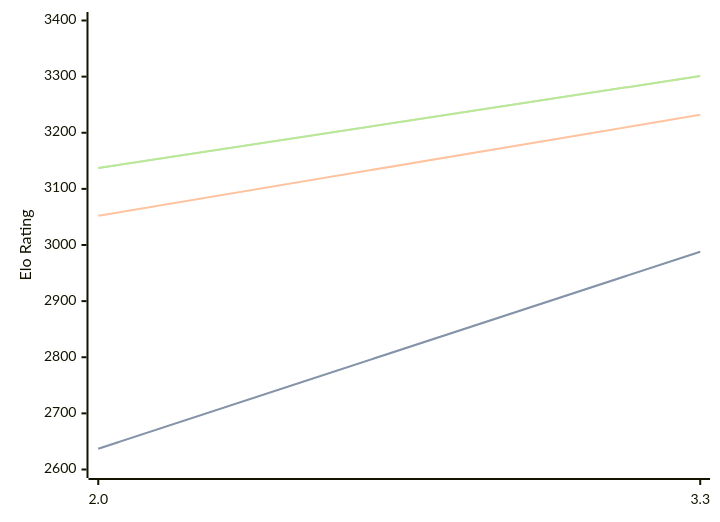
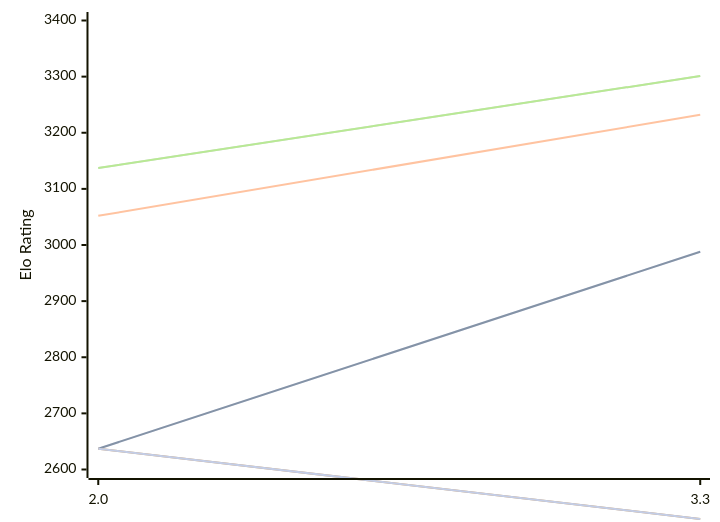
The diagram in engines/Ceylondemon.md (computer-chess-index/cci), drawn with Mermaid before and after one commit. The commit also changed other lines of this file, not shown here.

Commit message:
Update CCI Ratings (ELO VLTC) - 2026-10-11

````diff
--- a/engines/Ceylondemon.md
+++ b/engines/Ceylondemon.md
@@ -48,16 +48,13 @@
 ```mermaid
 %%{init: {"theme":"base","themeVariables":{"seriesColors:['#a3a3a3','#222221','#faa371']}}}%%
 xychart-beta
   x-axis ["2.0", "3.3"]
   y-axis "Elo Rating" 2600 --> 3400
   line "" [2637, 2988]
   line "T1: STC (8.0+0.08s)" [2637, 2988]
   line "T1: LTC (60.0+0.60s)" [3052, 3232]
   line "" [3137, 3301]
   line "T1: VLTC (2m24s+1.12s)" [3137, 3301]
-  line "" [2502]
-  line "E1: STC (8.0+0.08s)" [2502]
-  line "E1: LTC (60.0+0.60s)" [2882]
-  line "" [3009]
-  line "E1: VLTC (2m24s+1.12s)" [3009]
+  line "" [2637,2512]
+  line "E1: STC (8.0+0.08s)" [2637,2512]
 ```
````
